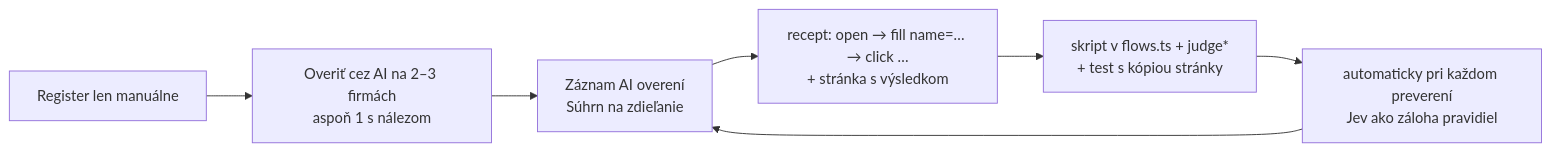
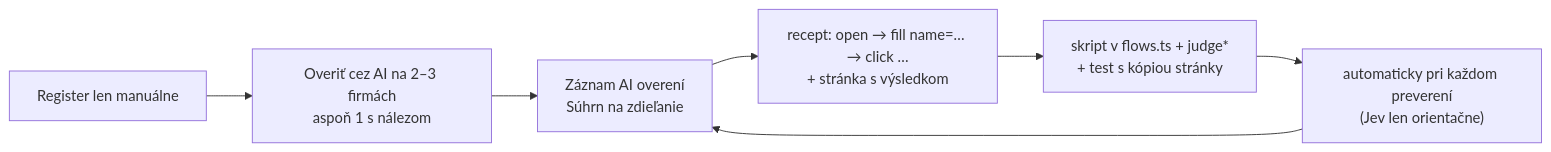
The seventh of 7 diagrams in overenie-ico/docs/ARCHITEKTURA.md (anty11/eM), drawn with Mermaid before and after one commit. The commit also changed other lines of this file and 12 other files, not shown here.

First line of the commit message:
Právne obhájiteľné výsledky: Jev len orientačne, OV v AI cez pevný postup s dôkazom, kroky ľudskými slovami (v2.11.0)

````diff
--- a/overenie-ico/docs/ARCHITEKTURA.md
+++ b/overenie-ico/docs/ARCHITEKTURA.md
@@ -352,9 +354,9 @@
 ```mermaid
 flowchart LR
   A["Register len manuálne"] --> B["Overiť cez AI na 2–3 firmách<br/>aspoň 1 s nálezom"]
   B --> C["Záznam AI overení<br/>Súhrn na zdieľanie"]
   C --> D["recept: open → fill name=… → click …<br/>+ stránka s výsledkom"]
   D --> E["skript v flows.ts + judge*<br/>+ test s kópiou stránky"]
-  E --> F["automaticky pri každom preverení<br/>Jev ako záloha pravidiel"]
+  E --> F["automaticky pri každom preverení<br/>(Jev len orientačne)"]
   F --> C
 ```
````
